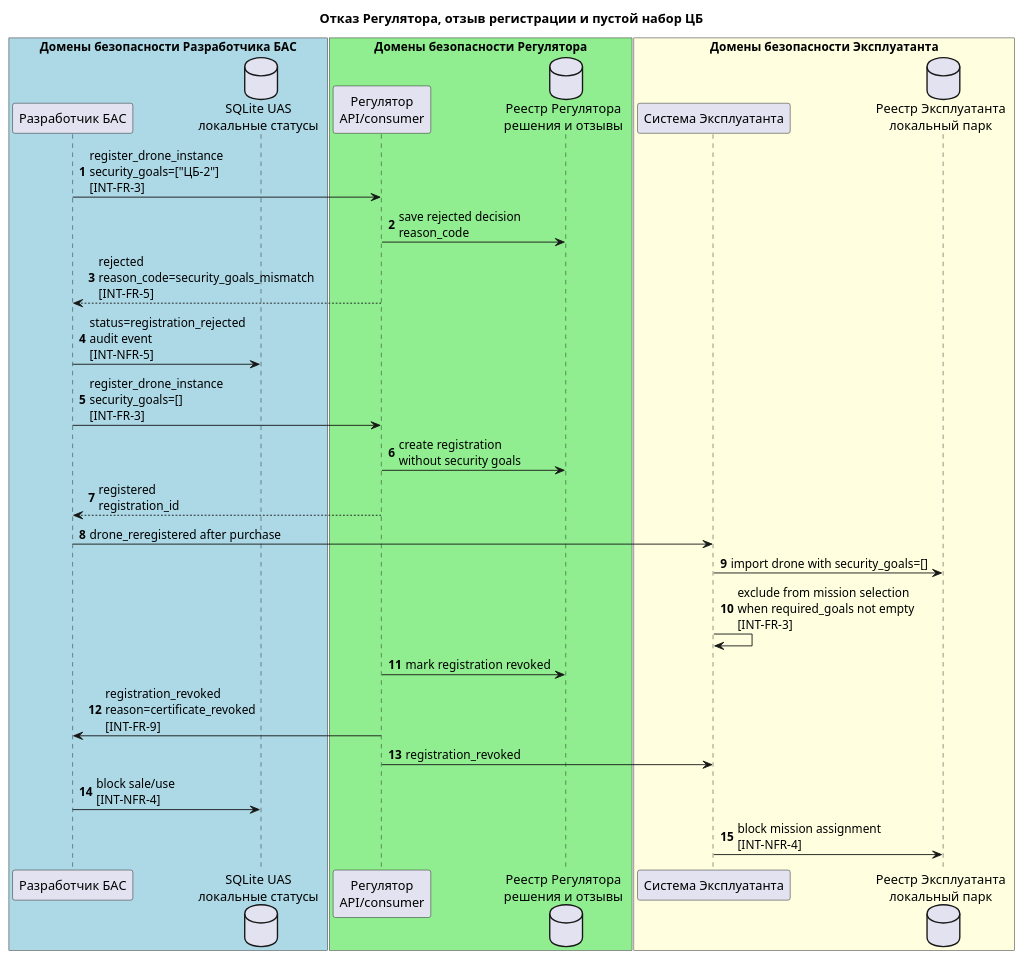
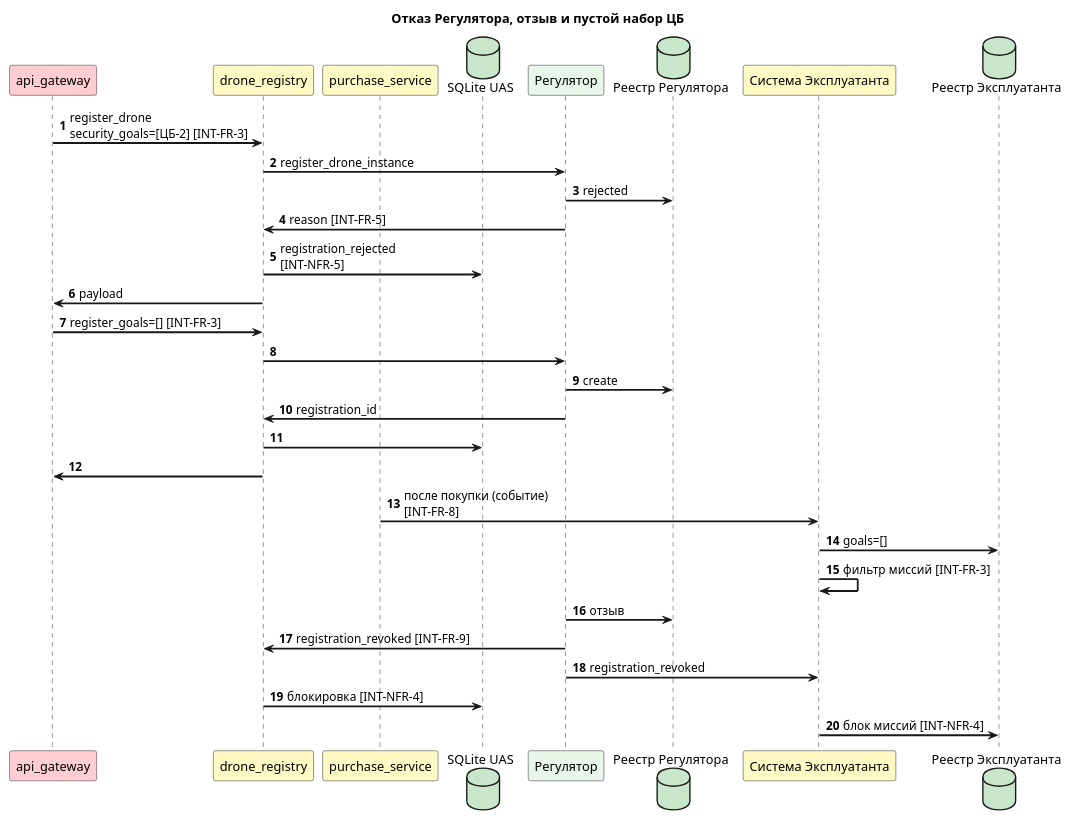
One commit to sergeysobolev-spbu/sbd-drones-economics changed the diagram in systems/uas_dev_company/docs/diagrams/integration_rejection_revocation_goals.puml. Above: the diagram before and after it, drawn with PlantUML. The commit also changed 108 other files, not shown here.

First line of the commit message:
feat(uas_dev_company): domain SQLite, worker image, TCB tooling

```diff
--- a/systems/uas_dev_company/docs/diagrams/integration_rejection_revocation_goals.puml
+++ b/systems/uas_dev_company/docs/diagrams/integration_rejection_revocation_goals.puml
@@ -1,37 +1,39 @@
 @startuml integration_rejection_revocation_goals
-title Отказ Регулятора, отзыв регистрации и пустой набор ЦБ
+title Отказ Регулятора, отзыв и пустой набор ЦБ
+
+skinparam ArrowThickness 2
 
 autonumber
-box "Домены безопасности Разработчика БАС" #LightBlue
-    participant "Разработчик БАС" as UAS
-    database "SQLite UAS\nлокальные статусы" as UASDB
-end box
+participant "api_gateway" as GW #FFCDD2
+participant "drone_registry" as DR #FFF9C4
+participant "purchase_service" as PS #FFF9C4
+database "SQLite UAS" as UASDB #C8E6C9
+participant "Регулятор" as REG #E8F5E9
+database "Реестр Регулятора" as REGDB #C8E6C9
+participant "Система Эксплуатанта" as OPS #FFF9C4
+database "Реестр Эксплуатанта" as ODB #C8E6C9
 
-box "Домены безопасности Регулятора" #LightGreen
-    participant "Регулятор\nAPI/consumer" as REG
-    database "Реестр Регулятора\nрешения и отзывы" as REGDB
-end box
+GW -> DR : register_drone\nsecurity_goals=[ЦБ-2] [INT-FR-3]
+DR -> REG : register_drone_instance
+REG -> REGDB : rejected
+REG -> DR : reason [INT-FR-5]
+DR -> UASDB : registration_rejected\n[INT-NFR-5]
+DR -> GW : payload
 
-box "Домены безопасности Эксплуатанта" #LightYellow
-    participant "Система Эксплуатанта" as OPS
-    database "Реестр Эксплуатанта\nлокальный парк" as ODB
-end box
+GW -> DR : register_goals=[] [INT-FR-3]
+DR -> REG
+REG -> REGDB : create
+REG -> DR : registration_id
+DR -> UASDB
+DR -> GW
 
-UAS -> REG : register_drone_instance\nsecurity_goals=["ЦБ-2"]\n[INT-FR-3]
-REG -> REGDB : save rejected decision\nreason_code
-REG --> UAS : rejected\nreason_code=security_goals_mismatch\n[INT-FR-5]
-UAS -> UASDB : status=registration_rejected\naudit event\n[INT-NFR-5]
+PS -> OPS : после покупки (событие)\n[INT-FR-8]
+OPS -> ODB : goals=[]
+OPS -> OPS : фильтр миссий [INT-FR-3]
 
-UAS -> REG : register_drone_instance\nsecurity_goals=[]\n[INT-FR-3]
-REG -> REGDB : create registration\nwithout security goals
-REG --> UAS : registered\nregistration_id
-UAS -> OPS : drone_reregistered after purchase
-OPS -> ODB : import drone with security_goals=[]
-OPS -> OPS : exclude from mission selection\nwhen required_goals not empty\n[INT-FR-3]
-
-REG -> REGDB : mark registration revoked
-REG -> UAS : registration_revoked\nreason=certificate_revoked\n[INT-FR-9]
+REG -> REGDB : отзыв
+REG -> DR : registration_revoked [INT-FR-9]
 REG -> OPS : registration_revoked
-UAS -> UASDB : block sale/use\n[INT-NFR-4]
-OPS -> ODB : block mission assignment\n[INT-NFR-4]
+DR -> UASDB : блокировка [INT-NFR-4]
+OPS -> ODB : блок миссий [INT-NFR-4]
 @enduml
```
